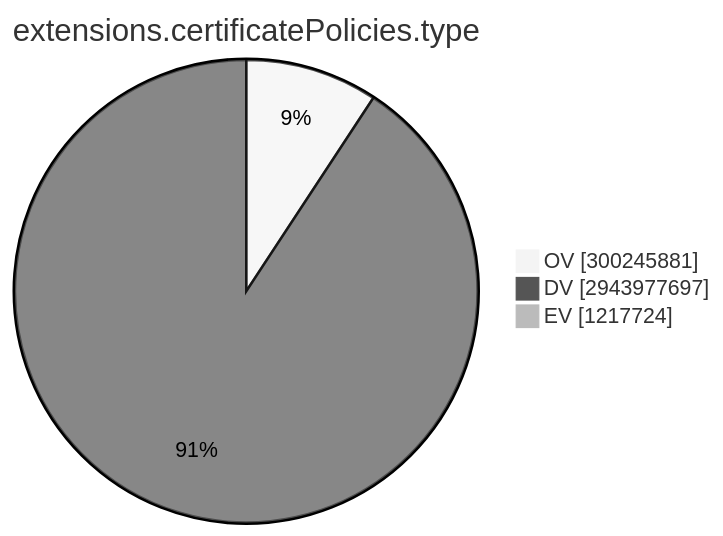
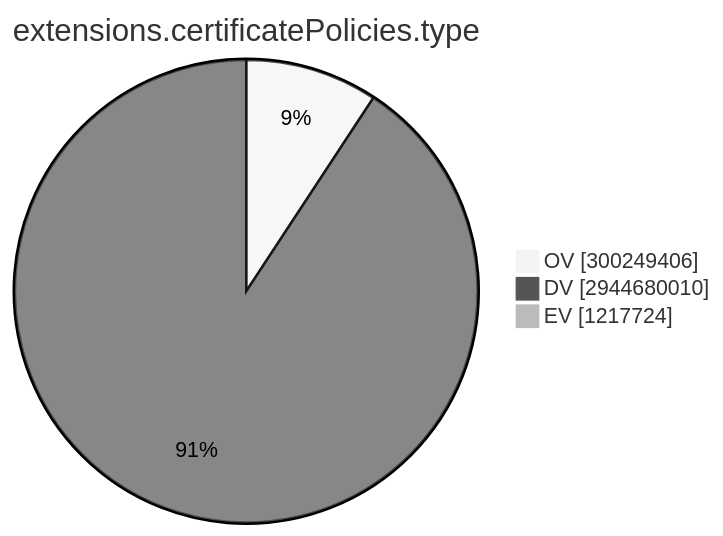
The ninth of 15 diagrams in TOTAL/README.md (christiankrug/ctmonitor_visualization), drawn with Mermaid (neutral theme) before and after one commit. The commit also changed other lines of this file, not shown here.

````diff
--- a/TOTAL/README.md
+++ b/TOTAL/README.md
@@ -3101,7 +3101,7 @@
 ```mermaid
 pie showData
 title extensions.certificatePolicies.type
-"OV" :300245881
-"DV" :2943977697
+"OV" :300249406
+"DV" :2944680010
 "EV" :1217724
 ```
````
